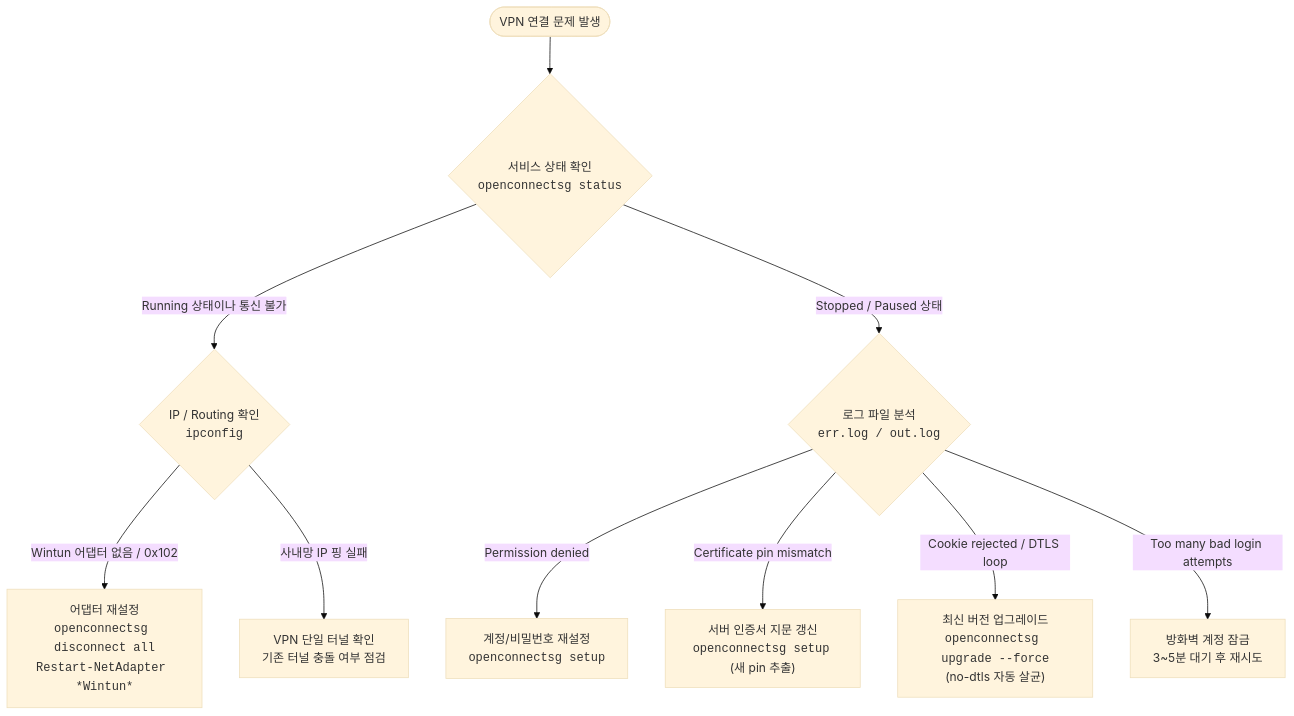
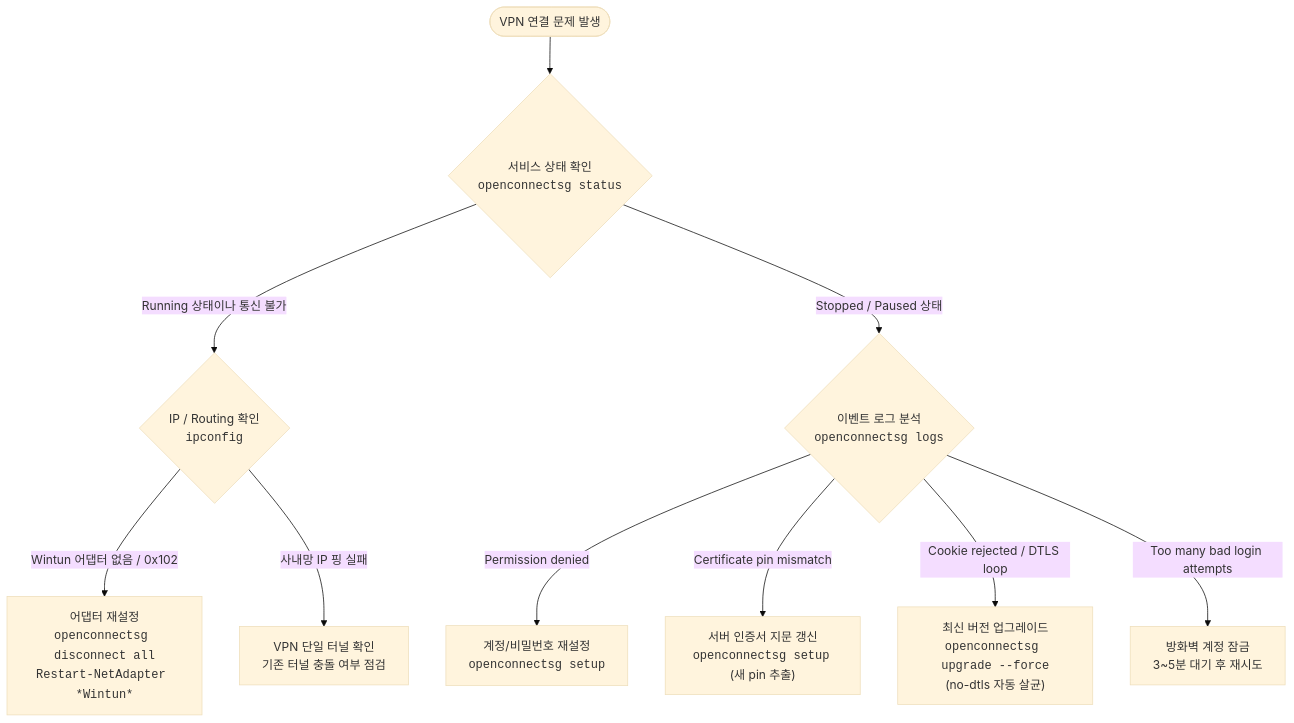
Before and after one commit to sparklings/openconnectsg: the diagram in docs/troubleshooting.md, drawn with Mermaid (base theme). The commit also changed other lines of this file and 16 other files, not shown here.

````diff
--- a/docs/troubleshooting.md
+++ b/docs/troubleshooting.md
@@ -31,15 +41,15 @@
 ```mermaid
 flowchart TD
     Start(["VPN 연결 문제 발생"]) --> Step1{"서비스 상태 확인<br/><code>openconnectsg status</code>"}
     
     Step1 -->|"Running 상태이나 통신 불가"| Step2{"IP / Routing 확인<br/><code>ipconfig</code>"}
-    Step1 -->|"Stopped / Paused 상태"| Step3{"로그 파일 분석<br/><code>err.log / out.log</code>"}
+    Step1 -->|"Stopped / Paused 상태"| Step3{"이벤트 로그 분석<br/><code>openconnectsg logs</code>"}
     
     Step2 -->|"Wintun 어댑터 없음 / 0x102"| Fix1["어댑터 재설정<br/><code>openconnectsg disconnect all</code><br/><code>Restart-NetAdapter *Wintun*</code>"]
     Step2 -->|"사내망 IP 핑 실패"| Fix2["VPN 단일 터널 확인<br/>기존 터널 충돌 여부 점검"]
     
     Step3 -->|"Permission denied"| Fix3["계정/비밀번호 재설정<br/><code>openconnectsg setup</code>"]
     Step3 -->|"Certificate pin mismatch"| Fix4["서버 인증서 지문 갱신<br/><code>openconnectsg setup</code> (새 pin 추출)"]
     Step3 -->|"Cookie rejected / DTLS loop"| Fix5["최신 버전 업그레이드<br/><code>openconnectsg upgrade --force</code><br/>(no-dtls 자동 살균)"]
     Step3 -->|"Too many bad login attempts"| Fix6["방화벽 계정 잠금<br/>3~5분 대기 후 재시도"]
 ```
````
